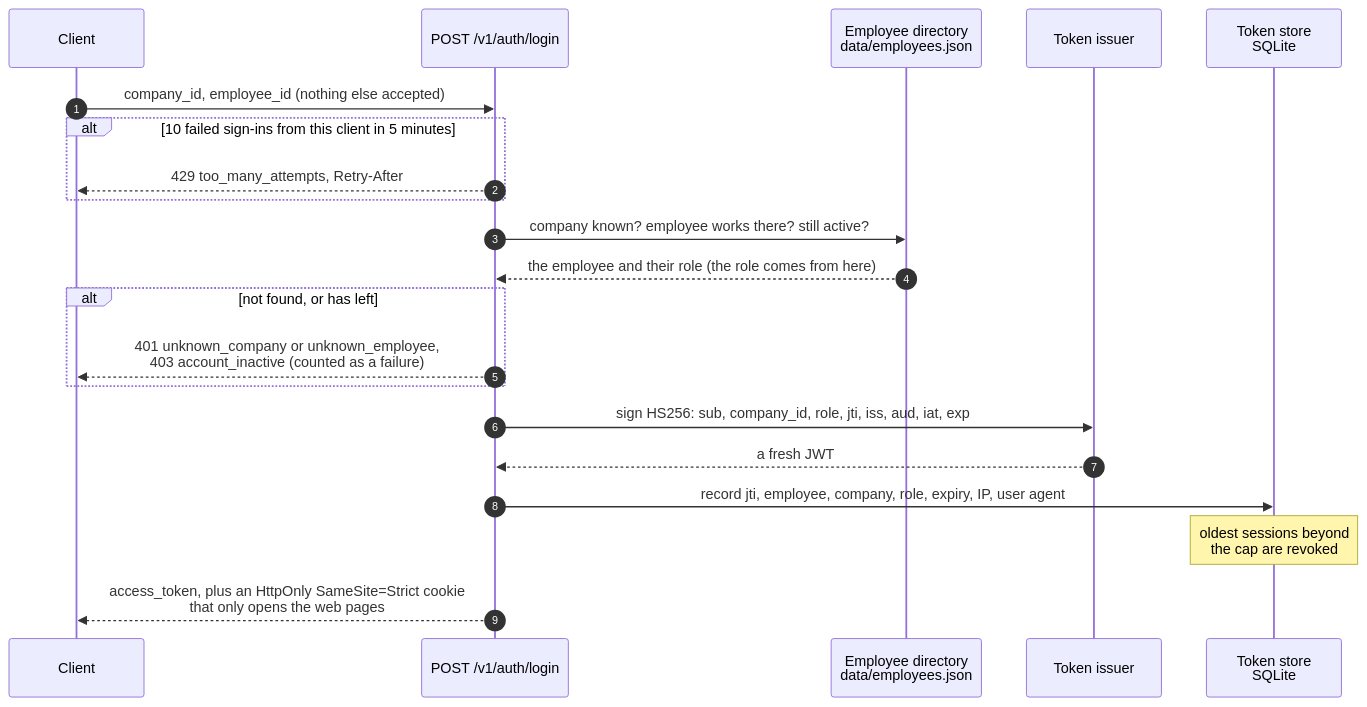
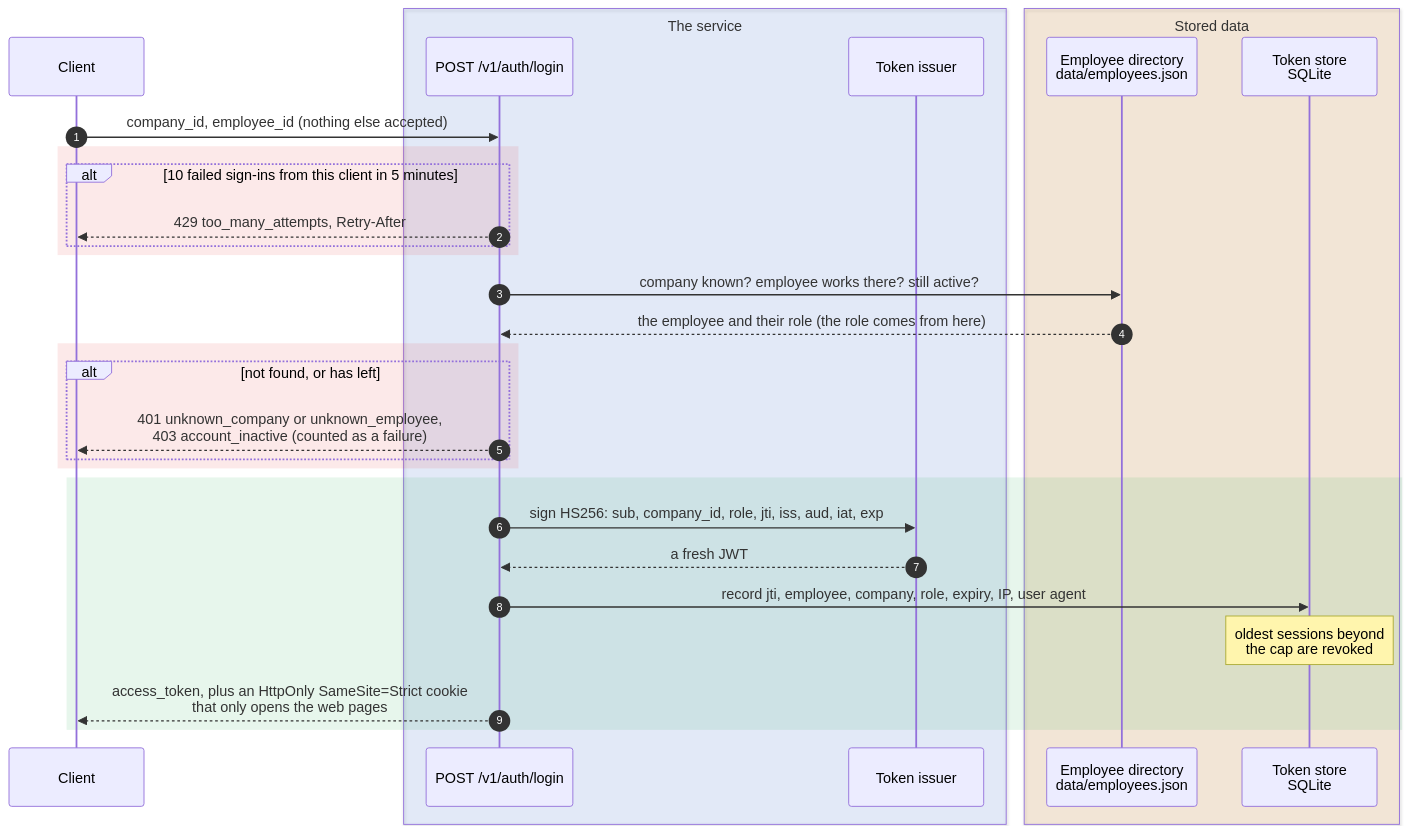
The fourth of 5 diagrams in README.md (mrhello291/commute-policy-assistant), drawn with Mermaid before and after one commit. The commit also changed other lines of this file, not shown here.

Commit message:
Colour the README diagrams by what each box is

````diff
--- a/README.md
+++ b/README.md
@@ -453,23 +476,33 @@
 ```mermaid
 sequenceDiagram
     autonumber
     participant C as Client
-    participant L as POST /v1/auth/login
-    participant D as Employee directory<br/>data/employees.json
-    participant I as Token issuer
-    participant S as Token store<br/>SQLite
+    box rgba(37,99,235,0.10) The service
+        participant L as POST /v1/auth/login
+        participant I as Token issuer
+    end
+    box rgba(217,119,6,0.13) Stored data
+        participant D as Employee directory<br/>data/employees.json
+        participant S as Token store<br/>SQLite
+    end
     C->>L: company_id, employee_id (nothing else accepted)
-    alt 10 failed sign-ins from this client in 5 minutes
-        L-->>C: 429 too_many_attempts, Retry-After
+    rect rgba(220,38,38,0.10)
+        alt 10 failed sign-ins from this client in 5 minutes
+            L-->>C: 429 too_many_attempts, Retry-After
+        end
     end
     L->>D: company known? employee works there? still active?
     D-->>L: the employee and their role (the role comes from here)
-    alt not found, or has left
-        L-->>C: 401 unknown_company or unknown_employee,<br/>403 account_inactive (counted as a failure)
+    rect rgba(220,38,38,0.10)
+        alt not found, or has left
+            L-->>C: 401 unknown_company or unknown_employee,<br/>403 account_inactive (counted as a failure)
+        end
     end
-    L->>I: sign HS256: sub, company_id, role, jti, iss, aud, iat, exp
-    I-->>L: a fresh JWT
-    L->>S: record jti, employee, company, role, expiry, IP, user agent
-    Note over S: oldest sessions beyond<br/>the cap are revoked
-    L-->>C: access_token, plus an HttpOnly SameSite=Strict cookie<br/>that only opens the web pages
+    rect rgba(22,163,74,0.10)
+        L->>I: sign HS256: sub, company_id, role, jti, iss, aud, iat, exp
+        I-->>L: a fresh JWT
+        L->>S: record jti, employee, company, role, expiry, IP, user agent
+        Note over S: oldest sessions beyond<br/>the cap are revoked
+        L-->>C: access_token, plus an HttpOnly SameSite=Strict cookie<br/>that only opens the web pages
+    end
 ```
````
